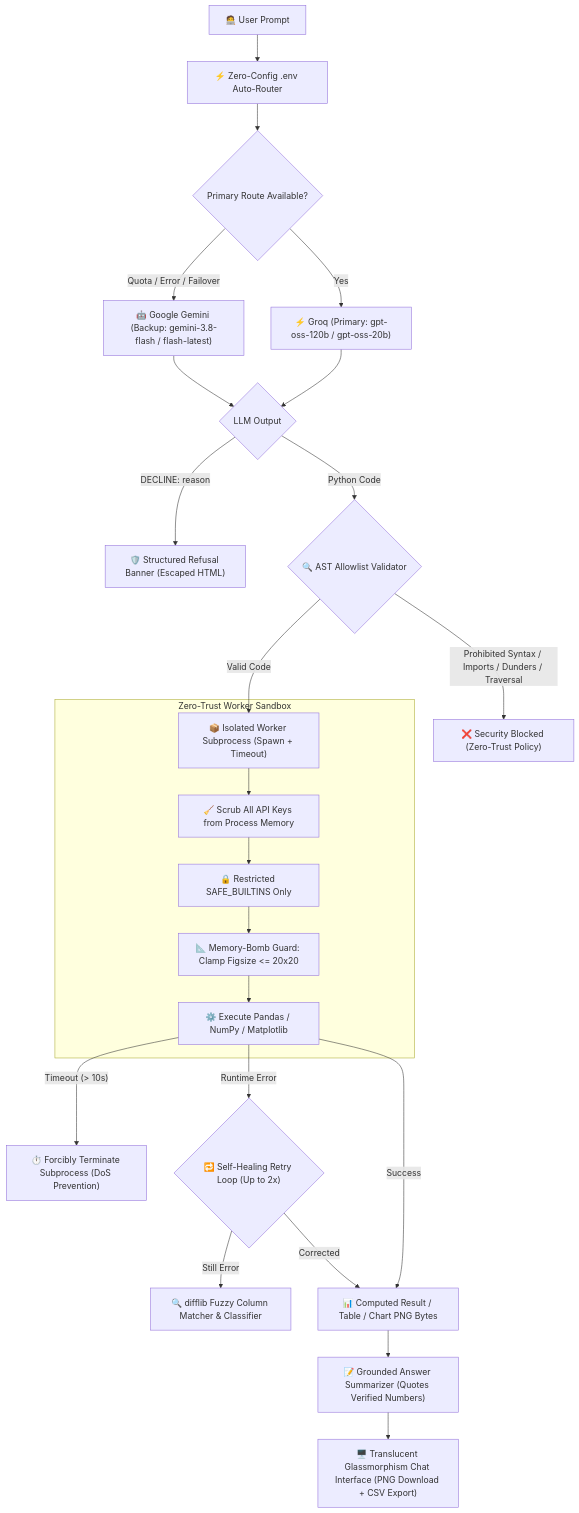
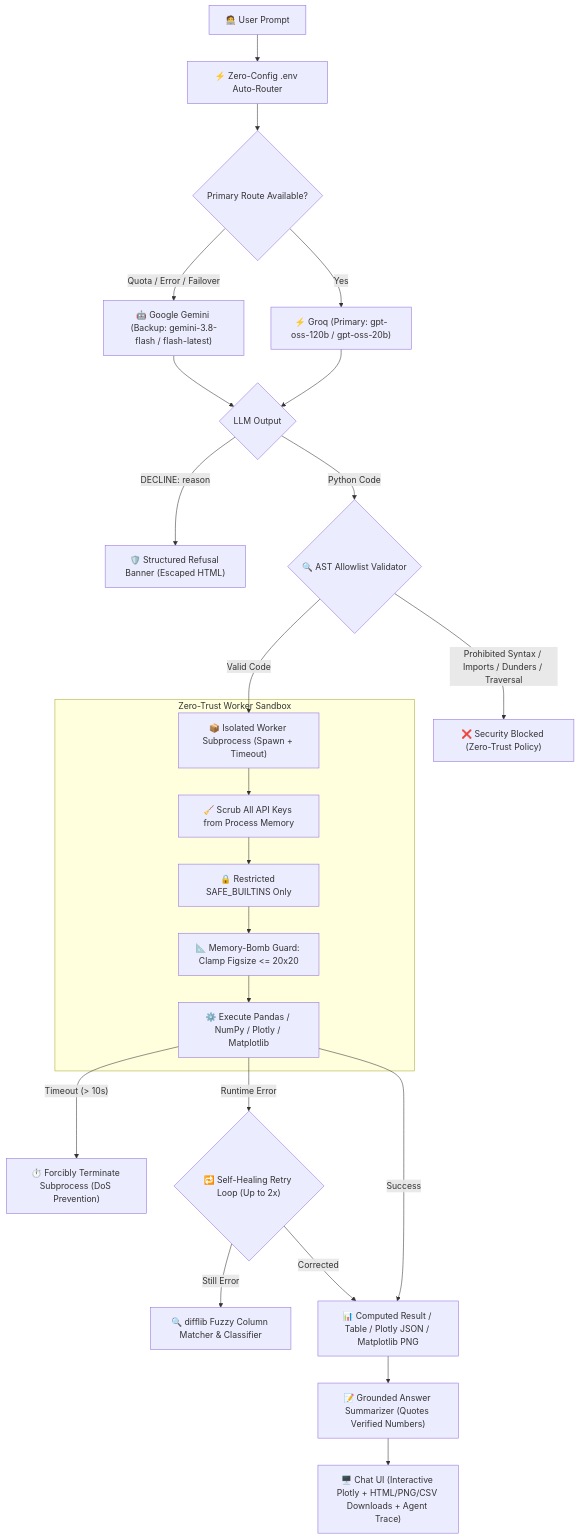
One commit to Parth-349/Chat-with-your-CSV-Enterprise-Natural-Language-Tabular-Data-Analyst changed the diagram in README.md. Above: the diagram before and after it, drawn with Mermaid. The commit also changed other lines of this file and 4 other files, not shown here.

Commit message:
feat: add interactive plotly sandbox charts and 4-stage agent pipeline trace

````diff
--- a/README.md
+++ b/README.md
@@ -11,33 +11,33 @@
 ```mermaid
 flowchart TD
     User["🧑‍💻 User Prompt"] --> Router["⚡ Zero-Config .env Auto-Router"]
     Router --> BackendSelect{"Primary Route Available?"}
     
     BackendSelect -- Yes --> Groq["⚡ Groq (Primary: gpt-oss-120b / gpt-oss-20b)"]
     BackendSelect -- Quota / Error / Failover --> Gemini["🤖 Google Gemini (Backup: gemini-3.8-flash / flash-latest)"]
     
     Gemini --> LLMOutput{"LLM Output"}
     Groq --> LLMOutput
     
     LLMOutput -- DECLINE: reason --> DeclineUI["🛡️ Structured Refusal Banner (Escaped HTML)"]
     LLMOutput -- Python Code --> ASTCheck{"🔍 AST Allowlist Validator"}
     
     ASTCheck -- Prohibited Syntax / Imports / Dunders / Traversal --> Blocked["❌ Security Blocked (Zero-Trust Policy)"]
     ASTCheck -- Valid Code --> WorkerProcess["📦 Isolated Worker Subprocess (Spawn + Timeout)"]
     
     subgraph Sandbox ["Zero-Trust Worker Sandbox"]
         WorkerProcess --> ScrubEnv["🧹 Scrub All API Keys from Process Memory"]
         ScrubEnv --> SafeBuiltins["🔒 Restricted SAFE_BUILTINS Only"]
         SafeBuiltins --> ClampFigsize["📐 Memory-Bomb Guard: Clamp Figsize <= 20x20"]
-        ClampFigsize --> Exec["⚙️ Execute Pandas / NumPy / Matplotlib"]
+        ClampFigsize --> Exec["⚙️ Execute Pandas / NumPy / Plotly / Matplotlib"]
     end
     
     Exec -- Timeout (> 10s) --> TimeoutHandler["⏱️ Forcibly Terminate Subprocess (DoS Prevention)"]
     Exec -- Runtime Error --> RetryLoop{"🔁 Self-Healing Retry Loop (Up to 2x)"}
     RetryLoop -- Still Error --> FuzzyMatch["🔍 difflib Fuzzy Column Matcher & Classifier"]
     RetryLoop -- Corrected --> VerifiedOutput
     
-    Exec -- Success --> VerifiedOutput["📊 Computed Result / Table / Chart PNG Bytes"]
+    Exec -- Success --> VerifiedOutput["📊 Computed Result / Table / Plotly JSON / Matplotlib PNG"]
     VerifiedOutput --> GroundedSummarizer["📝 Grounded Answer Summarizer (Quotes Verified Numbers)"]
-    GroundedSummarizer --> UI["🖥️ Translucent Glassmorphism Chat Interface (PNG Download + CSV Export)"]
+    GroundedSummarizer --> UI["🖥️ Chat UI (Interactive Plotly + HTML/PNG/CSV Downloads + Agent Trace)"]
 ```
````
